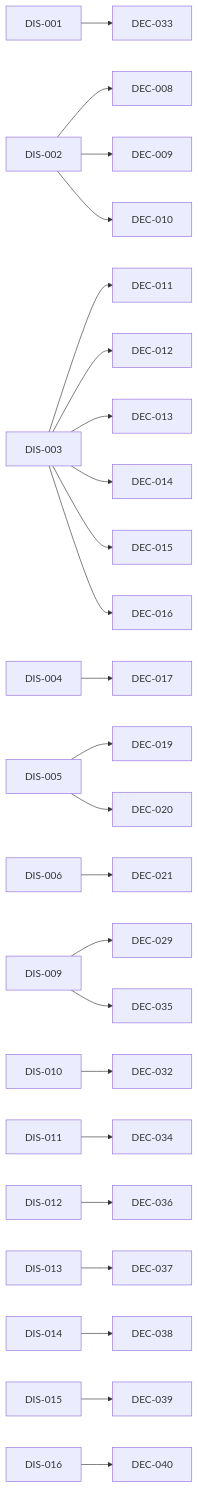
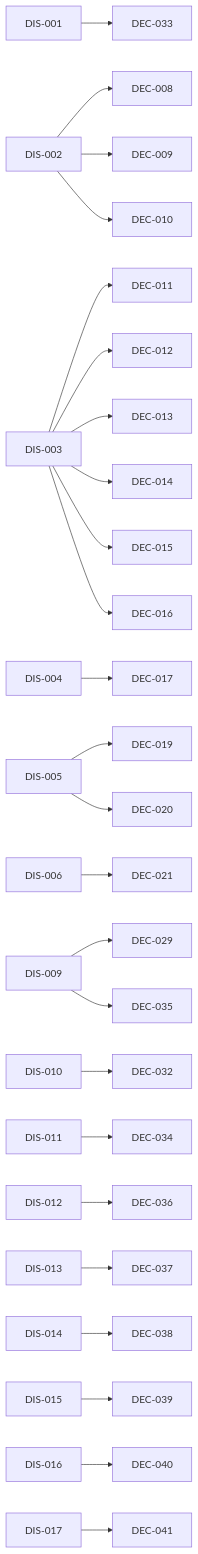
The diagram in INDEX.md (amartis/sonoai_research_notes), drawn with Mermaid before and after one commit. The commit also changed other lines of this file and 2 other files, not shown here.

First line of the commit message:
DIS-017, DEC-041: label groups set per recipe, task code keeps the task kind

````diff
--- a/INDEX.md
+++ b/INDEX.md
@@ -142,26 +146,27 @@
 ```mermaid
 flowchart LR
   DIS_001[DIS-001] --> DEC_033[DEC-033]
   DIS_002[DIS-002] --> DEC_008[DEC-008]
   DIS_002[DIS-002] --> DEC_009[DEC-009]
   DIS_002[DIS-002] --> DEC_010[DEC-010]
   DIS_003[DIS-003] --> DEC_011[DEC-011]
   DIS_003[DIS-003] --> DEC_012[DEC-012]
   DIS_003[DIS-003] --> DEC_013[DEC-013]
   DIS_003[DIS-003] --> DEC_014[DEC-014]
   DIS_003[DIS-003] --> DEC_015[DEC-015]
   DIS_003[DIS-003] --> DEC_016[DEC-016]
   DIS_004[DIS-004] --> DEC_017[DEC-017]
   DIS_005[DIS-005] --> DEC_019[DEC-019]
   DIS_005[DIS-005] --> DEC_020[DEC-020]
   DIS_006[DIS-006] --> DEC_021[DEC-021]
   DIS_009[DIS-009] --> DEC_029[DEC-029]
   DIS_009[DIS-009] --> DEC_035[DEC-035]
   DIS_010[DIS-010] --> DEC_032[DEC-032]
   DIS_011[DIS-011] --> DEC_034[DEC-034]
   DIS_012[DIS-012] --> DEC_036[DEC-036]
   DIS_013[DIS-013] --> DEC_037[DEC-037]
   DIS_014[DIS-014] --> DEC_038[DEC-038]
   DIS_015[DIS-015] --> DEC_039[DEC-039]
   DIS_016[DIS-016] --> DEC_040[DEC-040]
+  DIS_017[DIS-017] --> DEC_041[DEC-041]
 ```
````
